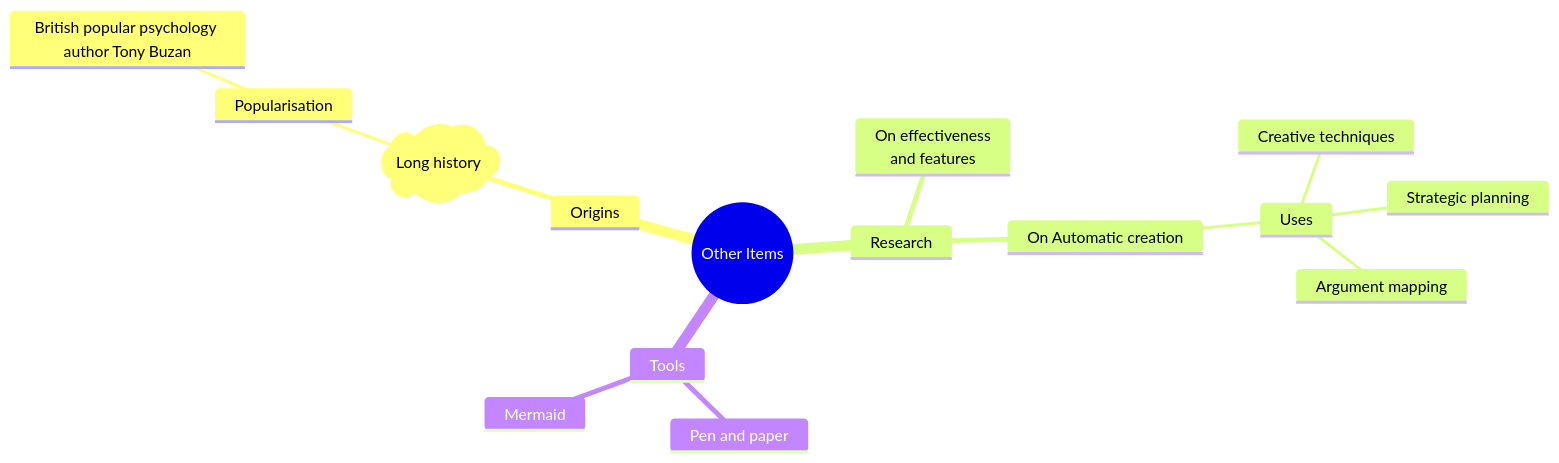
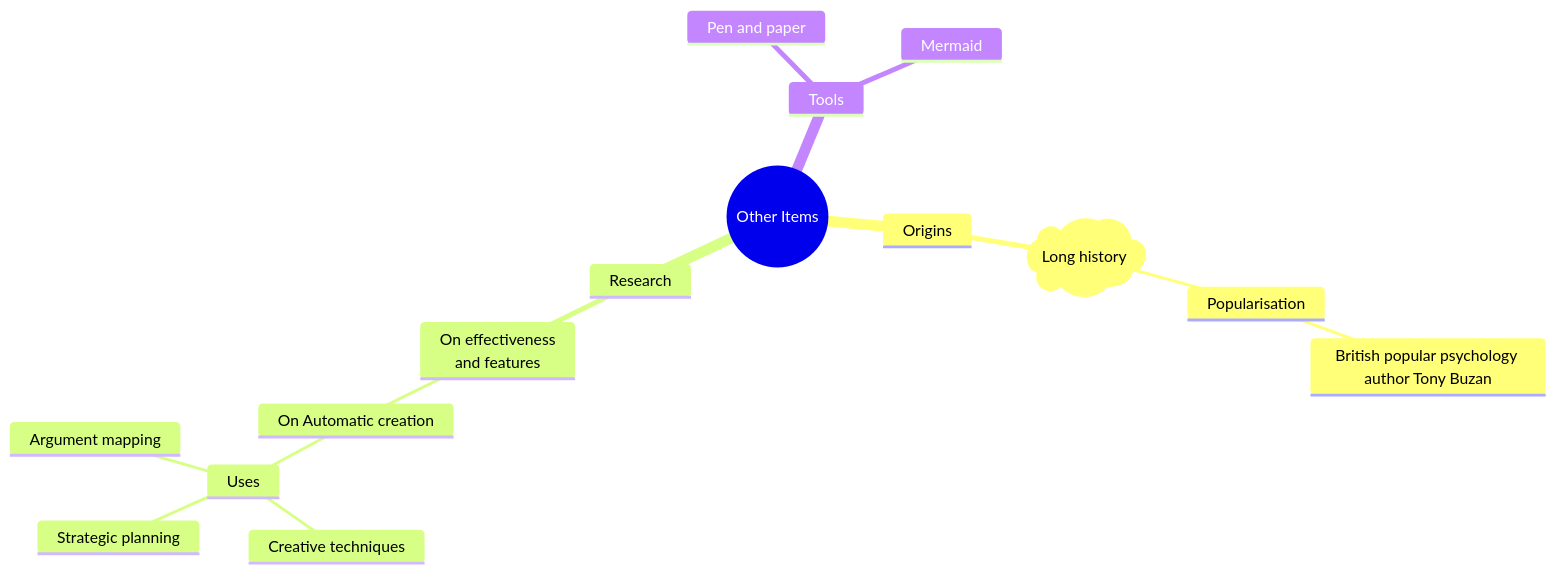
One commit to gerbssusd/dok changed the diagram in slides.md. Above: the diagram before and after it, drawn with Mermaid.

````diff
--- a/slides.md
+++ b/slides.md
@@ -217,22 +217,22 @@
 ```mermaid
 mindmap
   root((Other Items))
     Origins
       )Long history(
        Popularisation
         British popular psychology author Tony Buzan
     Research
       On effectiveness<br/>and features
-      On Automatic creation
+       On Automatic creation
         Uses
             Creative techniques
             Strategic planning
             Argument mapping
     Tools
       Pen and paper
       Mermaid
 
 
 
 
 ```
````
